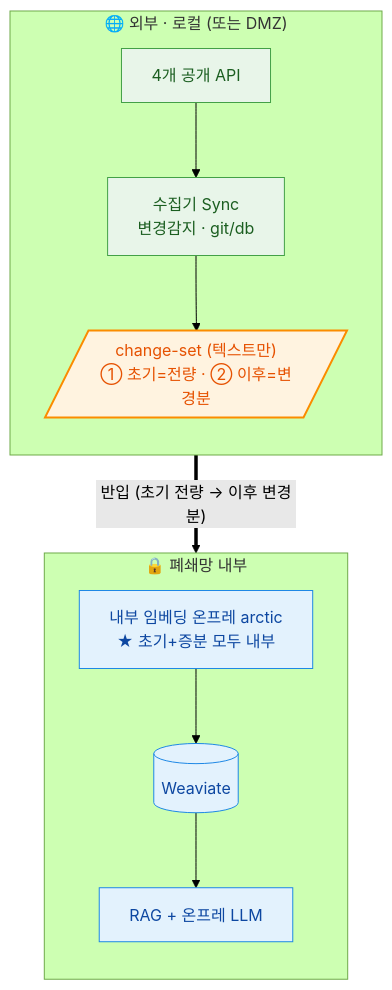
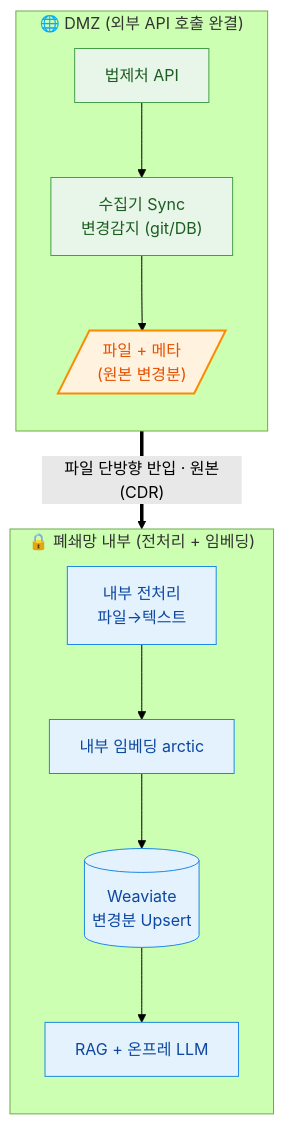
Before and after one commit to genonai/law_ai: the third of 3 diagrams in 아키텍처.md, drawn with Mermaid (forest theme). The commit also changed other lines of this file, not shown here.

Commit message:
docs: 아키텍처 §7 을 법-only 3케이스(로컬/폐쇄망 옵션1·2) mermaid 로 교체

````diff
--- a/아키텍처.md
+++ b/아키텍처.md
@@ -116,20 +124,21 @@
 ```mermaid
 flowchart TB
-  classDef out fill:#e8f5e9,stroke:#43a047,color:#1b5e20;
+  classDef dmz fill:#e8f5e9,stroke:#43a047,color:#1b5e20;
   classDef cross fill:#fff3e0,stroke:#fb8c00,color:#e65100,stroke-width:2px;
   classDef inside fill:#e3f2fd,stroke:#1e88e5,color:#0d47a1;
-  subgraph OUT["🌐 외부 · 로컬 (또는 DMZ)"]
+  subgraph DMZ["🌐 DMZ (외부 API 호출 완결)"]
     direction TB
-    A1["4개 공개 API"] --> A2["수집기 Sync<br/>변경감지 · git/db"]
-    A2 --> A3[/"change-set (텍스트만)<br/>① 초기=전량 · ② 이후=변경분"/]
+    A["법제처 API"] --> B["수집기 Sync<br/>변경감지 (git/DB)"]
+    B --> C[/"파일 + 메타<br/>(원본 변경분)"/]
   end
-  class A1,A2 out
-  class A3 cross
-  subgraph IN["🔒 폐쇄망 내부"]
+  class A,B dmz
+  class C cross
+  subgraph IN["🔒 폐쇄망 내부 (전처리 + 임베딩)"]
     direction TB
-    B3["내부 임베딩 온프레 arctic<br/>★ 초기+증분 모두 내부"] --> B1[("Weaviate")]
-    B1 --> B2["RAG + 온프레 LLM"]
+    D["내부 전처리<br/>파일→텍스트"] --> E["내부 임베딩 arctic"]
+    E --> F[("Weaviate<br/>변경분 Upsert")]
+    F --> G["RAG + 온프레 LLM"]
   end
-  class B1,B2,B3 inside
-  A3 ==>|"반입 (초기 전량 → 이후 변경분)"| B3
+  class D,E,F,G inside
+  C ==>|"파일 단방향 반입 · 원본(CDR)"| D
 ```
````
